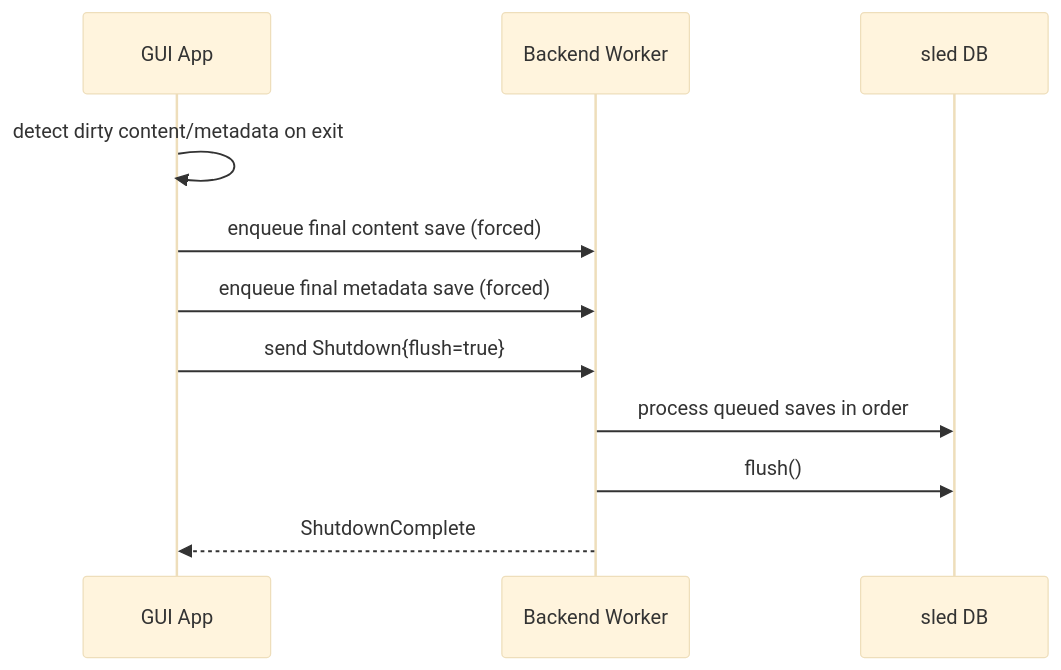
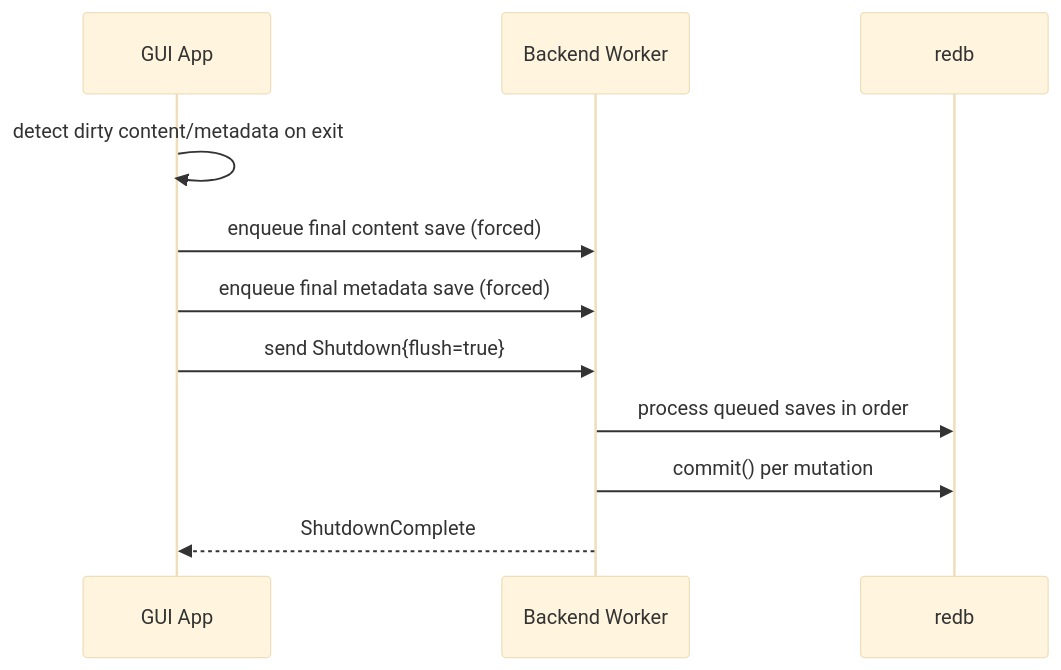
The fourth of 4 diagrams in docs/architecture.md (pszemraj/localpaste.rs), drawn with Mermaid (base theme) before and after one commit. The commit also changed other lines of this file and 6 other files, not shown here.

````diff
--- a/docs/architecture.md
+++ b/docs/architecture.md
@@ -212,14 +205,14 @@
 ```mermaid
 sequenceDiagram
     participant UI as GUI App
     participant W as Backend Worker
-    participant DB as sled DB
+    participant DB as redb
 
     UI->>UI: detect dirty content/metadata on exit
     UI->>W: enqueue final content save (forced)
     UI->>W: enqueue final metadata save (forced)
     UI->>W: send Shutdown{flush=true}
     W->>DB: process queued saves in order
-    W->>DB: flush()
+    W->>DB: commit() per mutation
     W-->>UI: ShutdownComplete
 ```
````
